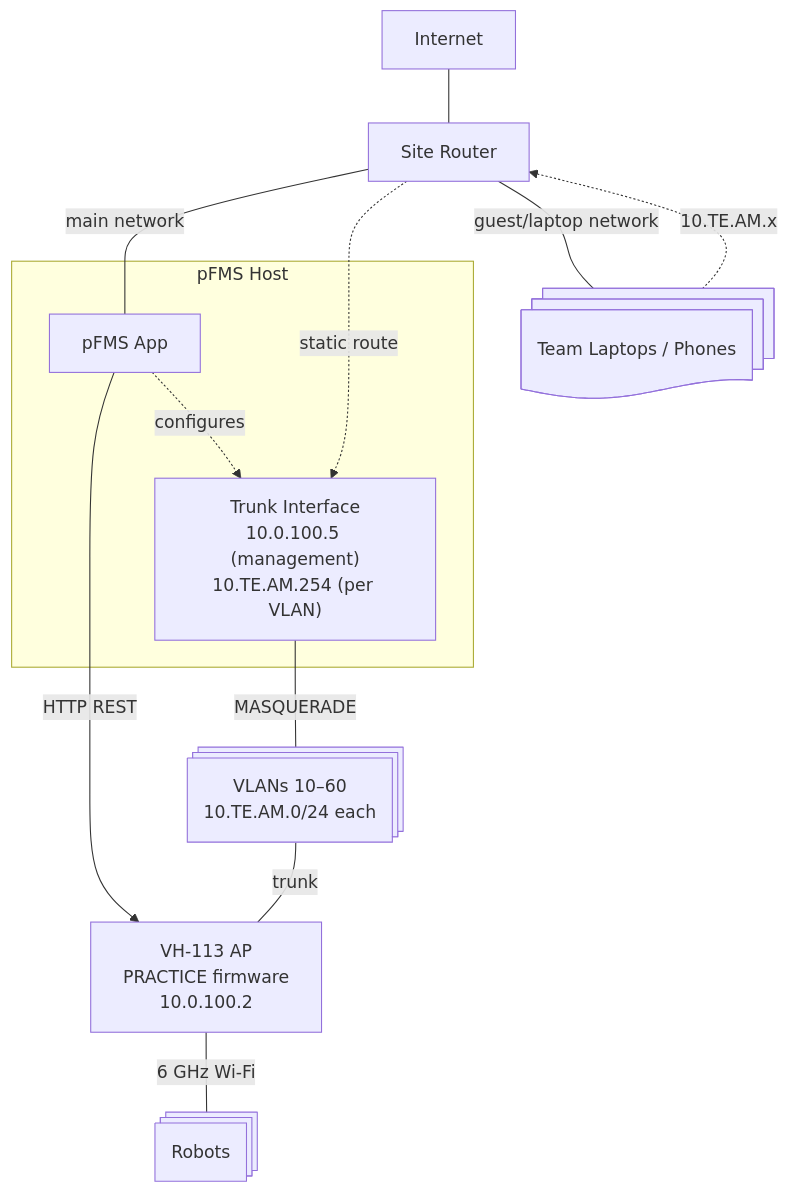
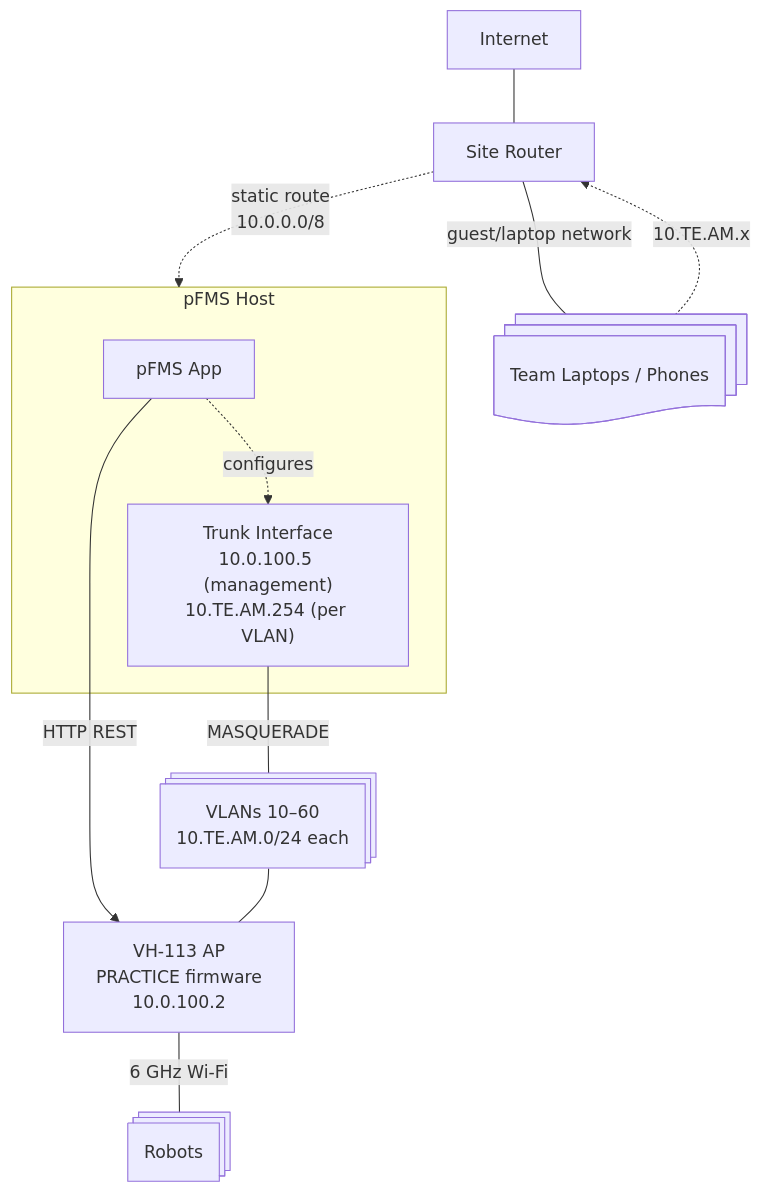
Before and after one commit to cinderblock/practice-field-wifi-configurator: the diagram in README.md, drawn with Mermaid. The commit also changed other lines of this file and 1 other file, not shown here.

````diff
--- a/README.md
+++ b/README.md
@@ -56,26 +104,26 @@
 ```mermaid
 graph TD
     Internet["Internet"]
     Router["Site Router"]
     Laptops@{ shape: docs, label: "Team Laptops / Phones"}
 
     subgraph pFMS["pFMS Host"]
         APP["pFMS App"]
         TRUNK["Trunk Interface<br/>10.0.100.5 (management)<br/>10.TE.AM.254 (per VLAN)"]
         APP -. "configures" .-> TRUNK
     end
 
     AP["VH-113 AP<br/>PRACTICE firmware<br/>10.0.100.2"]
     Robots@{ shape: st-rect, label: "Robots"}
     VLANs@{ shape: st-rect, label: "VLANs 10–60<br/>10.TE.AM.0/24 each"}
 
     Internet --- Router
-    Router -- "main network" --- APP
+    Router -. "static route<br/>10.0.0.0/8" .-> pFMS
 
     APP -- "HTTP REST" --> AP
-    TRUNK -- "MASQUERADE" --- VLANs -- "trunk" --- AP
+    TRUNK -- "MASQUERADE" --- VLANs --- AP
     AP -- "6 GHz Wi-Fi" --- Robots
 
-    Laptops -. "10.TE.AM.x" .-> Router -. "static route" .-> TRUNK
+    Laptops -. "10.TE.AM.x" .-> Router
     Router -- "guest/laptop network" --- Laptops
 ```
````
